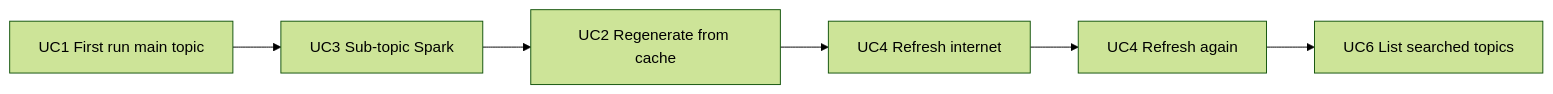
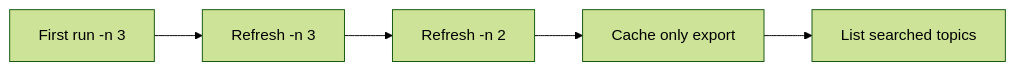
One commit to souravgupta2214/Agentic-RAG changed diagram 12 of 14 in docs/END_TO_END_FLOW.md. Above: the diagram before and after it, drawn with Mermaid (forest theme). The commit also changed other lines of this file and 1 other file, not shown here.

````diff
--- a/docs/END_TO_END_FLOW.md
+++ b/docs/END_TO_END_FLOW.md
@@ -290,8 +346,7 @@
 ```mermaid
 flowchart LR
-    UC1[UC1 First run main topic] --> UC3[UC3 Sub-topic Spark]
-    UC3 --> UC2[UC2 Regenerate from cache]
-    UC2 --> UC4a[UC4 Refresh internet]
-    UC4a --> UC4b[UC4 Refresh again]
-    UC4b --> UC6[UC6 List searched topics]
+    A[First run -n 3] --> B[Refresh -n 3]
+    B --> C[Refresh -n 2]
+    C --> D[Cache only export]
+    D --> E[List searched topics]
 ```
````
